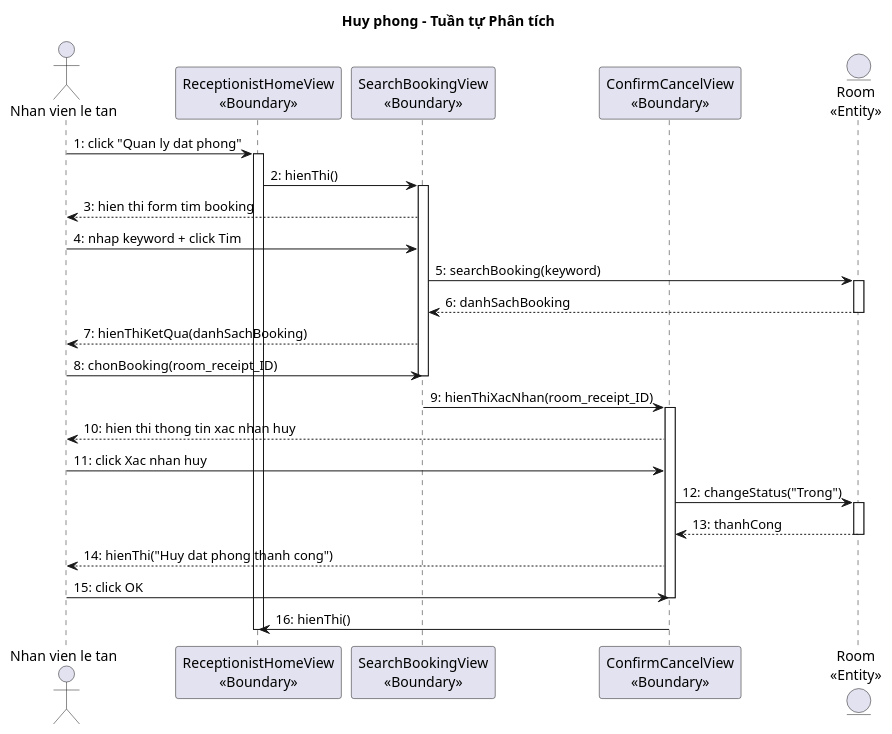
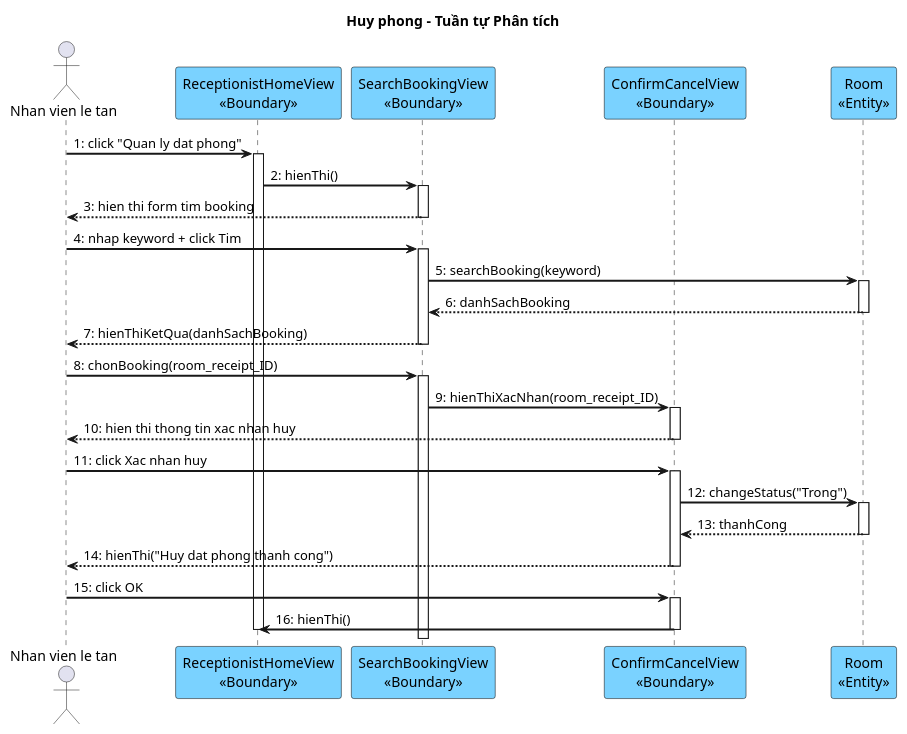
The sixth of 8 diagrams in docs/tabs/section-booking-ii.3-2.4.md (thanhtrnnn/cnpm), drawn with PlantUML before and after one commit. The commit also changed other lines of this file and 10 other files, not shown here.

First line of the commit message:
fix: update all 8 sequence diagrams with cnpm skill style

````diff
--- a/docs/tabs/section-booking-ii.3-2.4.md
+++ b/docs/tabs/section-booking-ii.3-2.4.md
@@ -417,38 +443,59 @@
 ```plantuml
 @startuml
+skinparam shadowing false
+skinparam SequenceMessageAlign left
+skinparam SequenceArrowThickness 2
+skinparam ParticipantBackgroundColor #7AD2FF
+skinparam ParticipantBorderColor black
+skinparam BoundaryBackgroundColor #7AD2FF
+skinparam BoundaryBorderColor black
+skinparam EntityBackgroundColor #7AD2FF
+skinparam EntityBorderColor black
+
 title Huy phong – Tuần tự Phân tích
 
 actor "Nhan vien le tan" as NV
 participant "ReceptionistHomeView\n<<Boundary>>" as Home
-participant "SearchBookingView\n<<Boundary>>" as SearchBooking
-participant "ConfirmCancelView\n<<Boundary>>" as Confirm
-entity "Room\n<<Entity>>" as Room
+participant "SearchBookingView\n<<Boundary>>" as SBV
+participant "ConfirmCancelView\n<<Boundary>>" as CCV
+participant "Room\n<<Entity>>" as Room
 
 NV -> Home : 1: click "Quan ly dat phong"
 activate Home
-Home -> SearchBooking : 2: hienThi()
-activate SearchBooking
-SearchBooking --> NV : 3: hien thi form tim booking
-NV -> SearchBooking : 4: nhap keyword + click Tim
-SearchBooking -> Room : 5: searchBooking(keyword)
+Home -> SBV : 2: hienThi()
+activate SBV
+SBV --> NV : 3: hien thi form tim booking
+deactivate SBV
+
+NV -> SBV : 4: nhap keyword + click Tim
+activate SBV
+SBV -> Room : 5: searchBooking(keyword)
 activate Room
-Room --> SearchBooking : 6: danhSachBooking
+Room --> SBV : 6: danhSachBooking
 deactivate Room
-SearchBooking --> NV : 7: hienThiKetQua(danhSachBooking)
-NV -> SearchBooking : 8: chonBooking(room_receipt_ID)
-deactivate SearchBooking
-SearchBooking -> Confirm : 9: hienThiXacNhan(room_receipt_ID)
-activate Confirm
-Confirm --> NV : 10: hien thi thong tin xac nhan huy
-NV -> Confirm : 11: click Xac nhan huy
-Confirm -> Room : 12: changeStatus("Trong")
+SBV --> NV : 7: hienThiKetQua(danhSachBooking)
+deactivate SBV
+
+NV -> SBV : 8: chonBooking(room_receipt_ID)
+activate SBV
+SBV -> CCV : 9: hienThiXacNhan(room_receipt_ID)
+activate CCV
+CCV --> NV : 10: hien thi thong tin xac nhan huy
+deactivate CCV
+
+NV -> CCV : 11: click Xac nhan huy
+activate CCV
+CCV -> Room : 12: changeStatus("Trong")
 activate Room
-Room --> Confirm : 13: thanhCong
+Room --> CCV : 13: thanhCong
 deactivate Room
-Confirm --> NV : 14: hienThi("Huy dat phong thanh cong")
-NV -> Confirm : 15: click OK
-deactivate Confirm
-Confirm -> Home : 16: hienThi()
+CCV --> NV : 14: hienThi("Huy dat phong thanh cong")
+deactivate CCV
+
+NV -> CCV : 15: click OK
+activate CCV
+CCV -> Home : 16: hienThi()
+deactivate CCV
 deactivate Home
 @enduml
 ```
````
